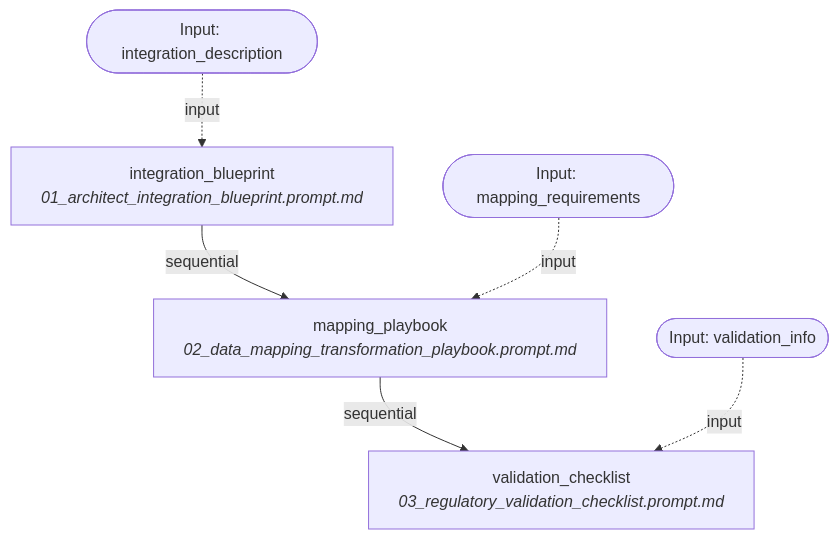
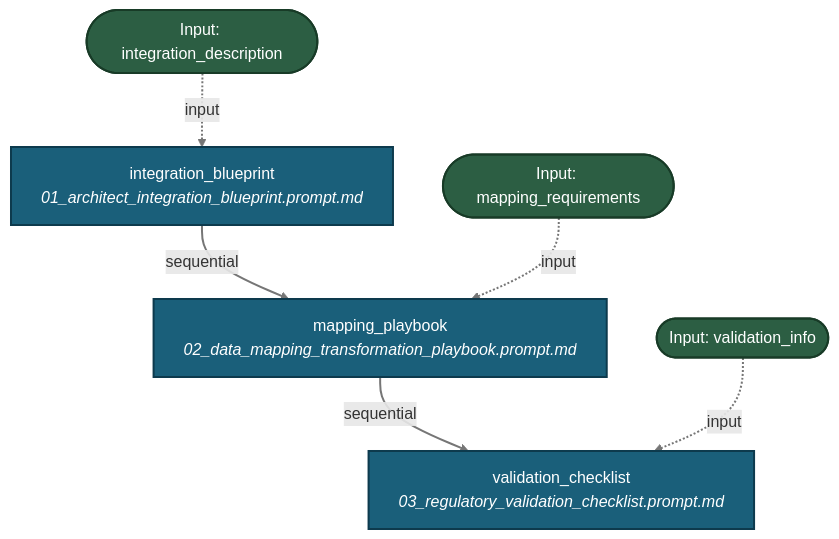
The diagram in docs/workflows/eclinical_integration.md (fderuiter/proompts), drawn with Mermaid before and after one commit. The commit also changed 267 other files, not shown here.

````diff
--- a/docs/workflows/eclinical_integration.md
+++ b/docs/workflows/eclinical_integration.md
@@ -11,14 +11,17 @@
 ```mermaid
 graph TD
-    INPUT_integration_description([Input: integration_description])
-    INPUT_mapping_requirements([Input: mapping_requirements])
-    INPUT_validation_info([Input: validation_info])
-    integration_blueprint[integration_blueprint<br><i>01_architect_integration_blueprint.prompt.md</i>]
+    classDef stepNode fill:#1a5f7a,stroke:#0d3a4d,stroke-width:2px,color:#ffffff;
+    classDef inputNode fill:#2c5e43,stroke:#183b27,stroke-width:2px,color:#ffffff;
+    INPUT_integration_description([Input: integration_description]):::inputNode
+    INPUT_mapping_requirements([Input: mapping_requirements]):::inputNode
+    INPUT_validation_info([Input: validation_info]):::inputNode
+    integration_blueprint[integration_blueprint<br><i>01_architect_integration_blueprint.prompt.md</i>]:::stepNode
     INPUT_integration_description -. input .-> integration_blueprint
     integration_blueprint -->|sequential| mapping_playbook
-    mapping_playbook[mapping_playbook<br><i>02_data_mapping_transformation_playbook.prompt.md</i>]
+    mapping_playbook[mapping_playbook<br><i>02_data_mapping_transformation_playbook.prompt.md</i>]:::stepNode
     INPUT_mapping_requirements -. input .-> mapping_playbook
     mapping_playbook -->|sequential| validation_checklist
-    validation_checklist[validation_checklist<br><i>03_regulatory_validation_checklist.prompt.md</i>]
+    validation_checklist[validation_checklist<br><i>03_regulatory_validation_checklist.prompt.md</i>]:::stepNode
     INPUT_validation_info -. input .-> validation_checklist
+    linkStyle default stroke:#767676,stroke-width:2px;
 ```
````
